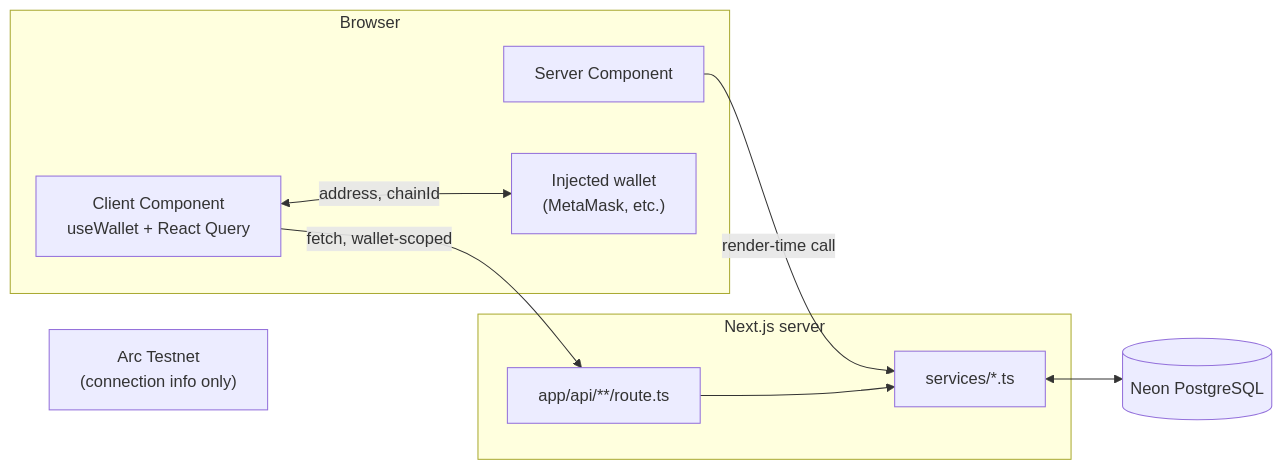
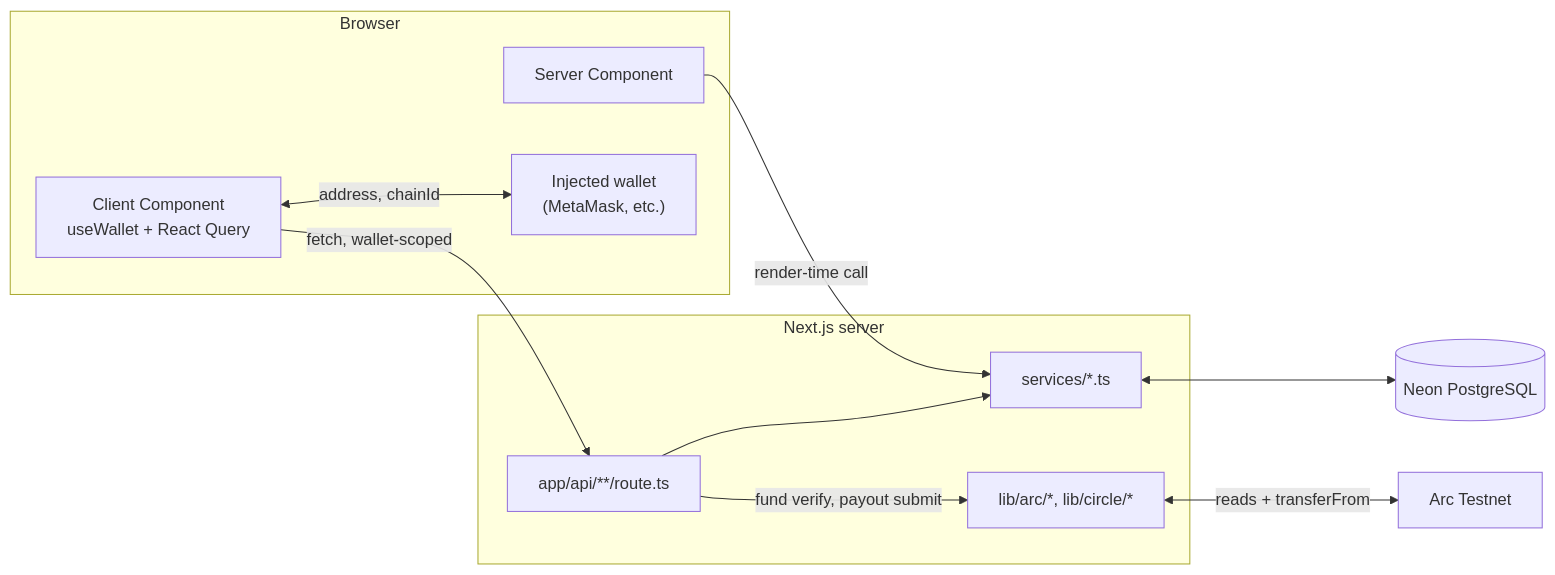
One commit to Paulo-byt/nano-task-marketplace changed the first of 3 diagrams in docs/ARCHITECTURE.md. Above: the diagram before and after it, drawn with Mermaid. The commit also changed other lines of this file, not shown here.

Commit message:
Fix: update architecture documentation

````diff
--- a/docs/ARCHITECTURE.md
+++ b/docs/ARCHITECTURE.md
@@ -33,20 +32,23 @@
 ```mermaid
 flowchart LR
   subgraph Browser
     RSC["Server Component"]
     CC["Client Component<br/>useWallet + React Query"]
     WALLET["Injected wallet<br/>(MetaMask, etc.)"]
   end
   subgraph Server["Next.js server"]
     SVC["services/*.ts"]
     API["app/api/**/route.ts"]
+    ARC["lib/arc/*, lib/circle/*"]
   end
   DB[("Neon PostgreSQL")]
-  CHAIN["Arc Testnet<br/>(connection info only)"]
+  CHAIN["Arc Testnet"]
 
   RSC -->|"render-time call"| SVC
   CC -->|"fetch, wallet-scoped"| API
   API --> SVC
+  API -->|"fund verify, payout submit"| ARC
+  ARC <-->|"reads + transferFrom"| CHAIN
   SVC <--> DB
   CC <-->|"address, chainId"| WALLET
 ```
````
